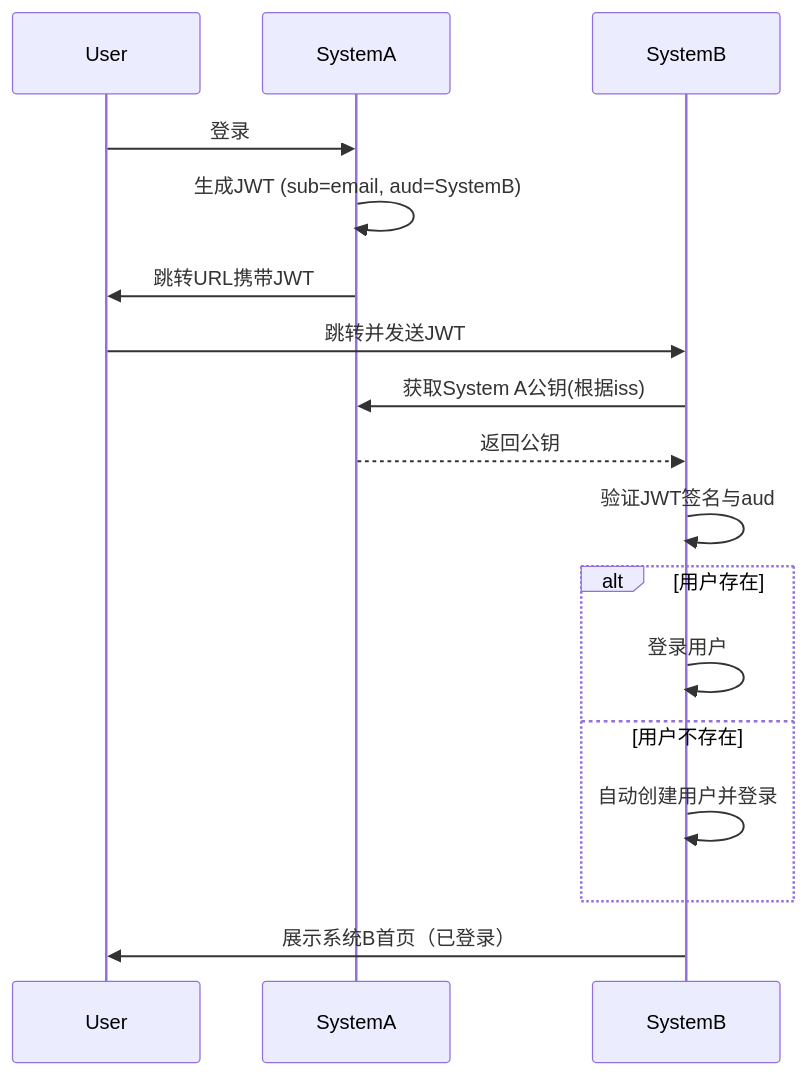
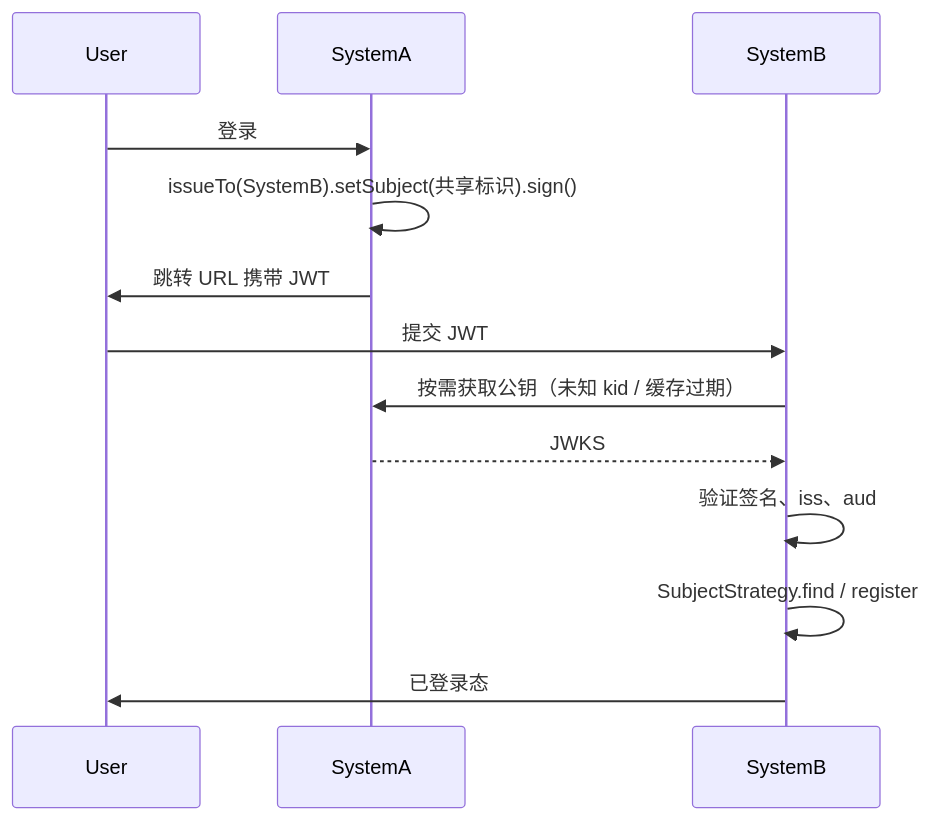
Before and after one commit to ddrpa/trusta-spring-boot-starter: the diagram in README.md, drawn with Mermaid. The commit also changed other lines of this file and 11 other files, not shown here.

````diff
--- a/README.md
+++ b/README.md
@@ -12,21 +13,16 @@
 ```mermaid
 sequenceDiagram
     participant User
     participant SystemA
     participant SystemB
 
     User->>SystemA: 登录
-    SystemA->>SystemA: 生成JWT (sub=email, aud=SystemB)
-    SystemA->>User: 跳转URL携带JWT
-    User->>SystemB: 跳转并发送JWT
-
-    SystemB->>SystemA: 获取System A公钥(根据iss)
-    SystemA-->>SystemB: 返回公钥
-    SystemB->>SystemB: 验证JWT签名与aud
-    alt 用户存在
-        SystemB->>SystemB: 登录用户
-    else 用户不存在
-        SystemB->>SystemB: 自动创建用户并登录
-    end
-    SystemB->>User: 展示系统B首页（已登录）
+    SystemA->>SystemA: issueTo(SystemB).setSubject(共享标识).sign()
+    SystemA->>User: 跳转 URL 携带 JWT
+    User->>SystemB: 提交 JWT
+    SystemB->>SystemA: 按需获取公钥（未知 kid / 缓存过期）
+    SystemA-->>SystemB: JWKS
+    SystemB->>SystemB: 验证签名、iss、aud
+    SystemB->>SystemB: SubjectStrategy.find / register
+    SystemB->>User: 已登录态
 ```
````
